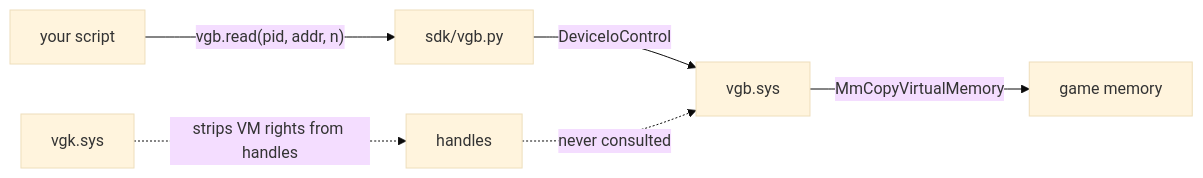
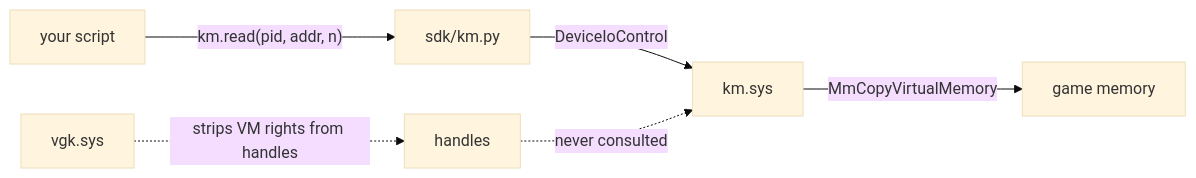
Before and after one commit to 0xMALVEE/kernmem: the diagram in league/docs/scripting.md, drawn with Mermaid (base theme). The commit also changed other lines of this file and 919 other files, not shown here.

````diff
--- a/league/docs/scripting.md
+++ b/league/docs/scripting.md
@@ -11,8 +11,8 @@
 ```mermaid
 flowchart LR
-    S["your script"] -->|"vgb.read(pid, addr, n)"| SD["sdk/vgb.py"]
-    SD -->|"DeviceIoControl"| D["vgb.sys"]
+    S["your script"] -->|"km.read(pid, addr, n)"| SD["sdk/km.py"]
+    SD -->|"DeviceIoControl"| D["km.sys"]
     D -->|"MmCopyVirtualMemory"| G["game memory"]
     V["vgk.sys"] -.->|"strips VM rights from handles"| X["handles"]
     X -.->|"never consulted"| D
 ```
````
